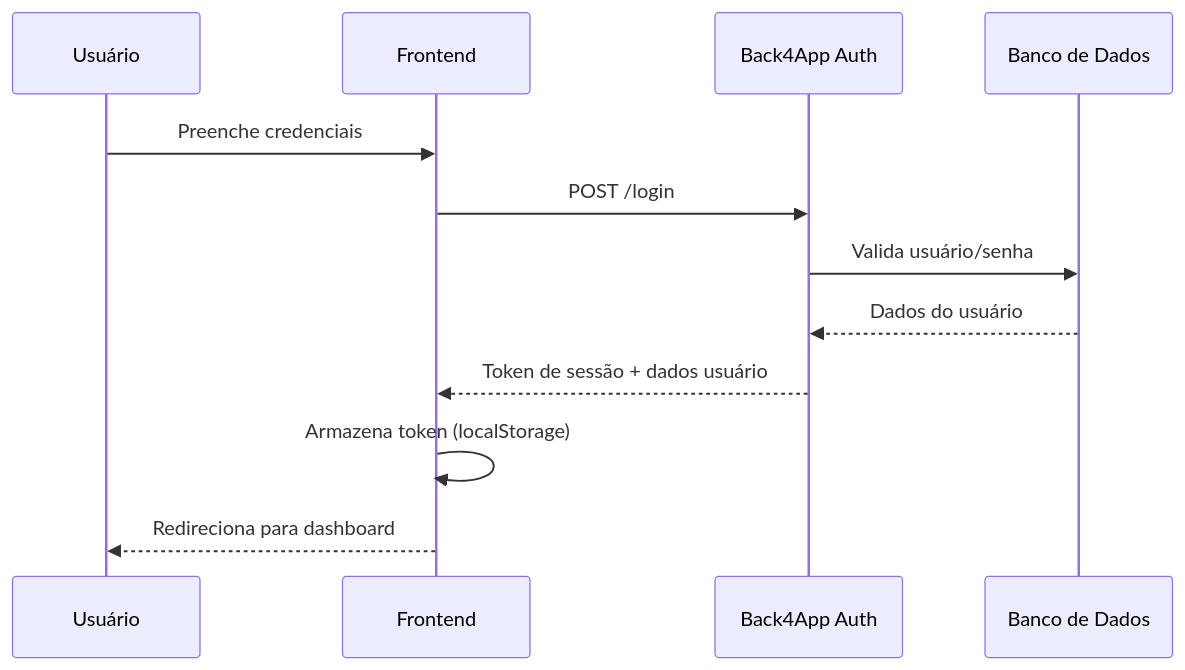
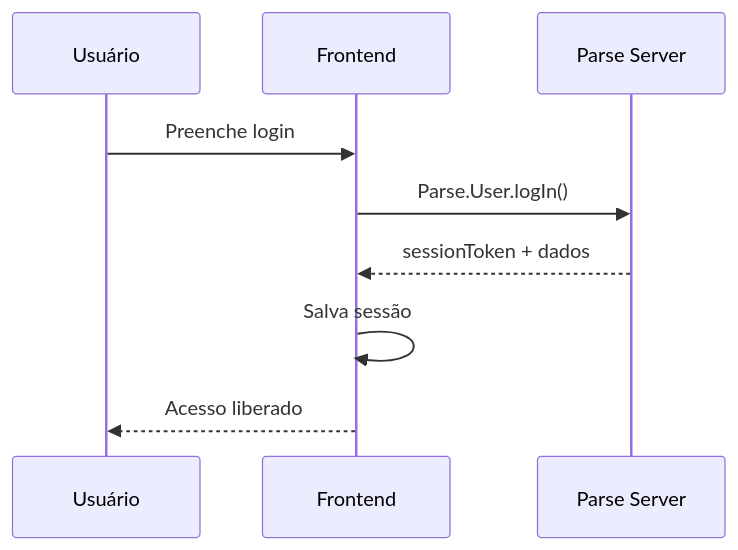
One commit to vg706/gestao-pet changed the second of 4 diagrams in docs/architecture/architecture.md. Above: the diagram before and after it, drawn with Mermaid. The commit also changed other lines of this file and 16 other files, not shown here.

````diff
--- a/docs/architecture/architecture.md
+++ b/docs/architecture/architecture.md
@@ -185,15 +203,12 @@
 ```mermaid
 sequenceDiagram
     participant U as Usuário
     participant F as Frontend
-    participant B as Back4App Auth
-    participant D as Banco de Dados
+    participant P as Parse Server
 
-    U->>F: Preenche credenciais
-    F->>B: POST /login
-    B->>D: Valida usuário/senha
-    D-->>B: Dados do usuário
-    B-->>F: Token de sessão + dados usuário
-    F->>F: Armazena token (localStorage)
-    F-->>U: Redireciona para dashboard
+    U->>F: Preenche login
+    F->>P: Parse.User.logIn()
+    P-->>F: sessionToken + dados
+    F->>F: Salva sessão
+    F-->>U: Acesso liberado
 ```
````
